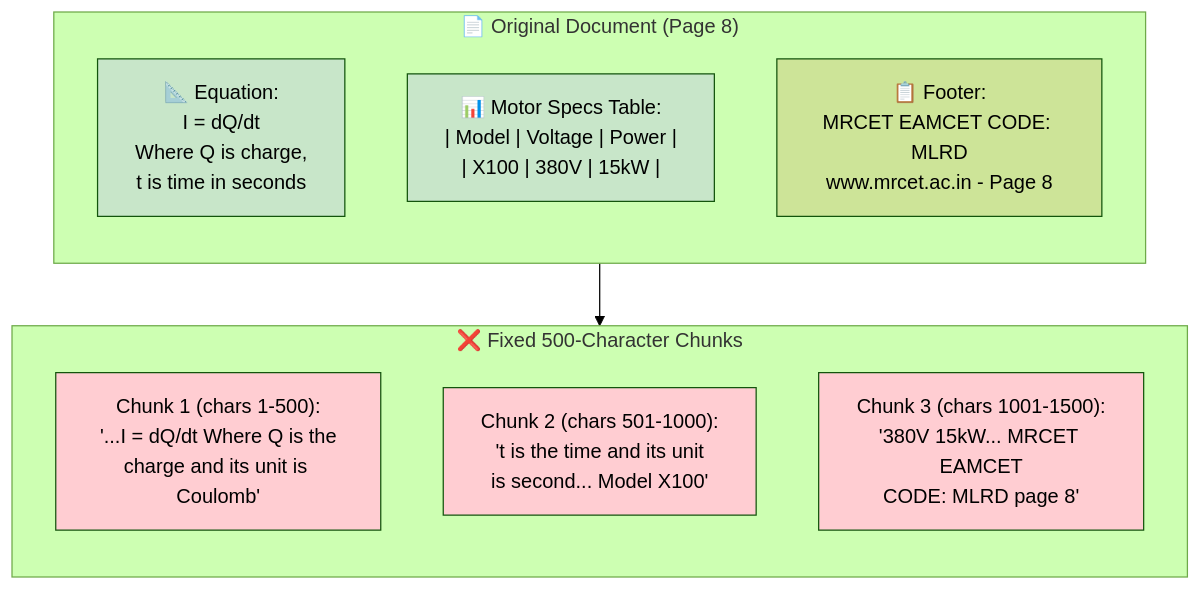
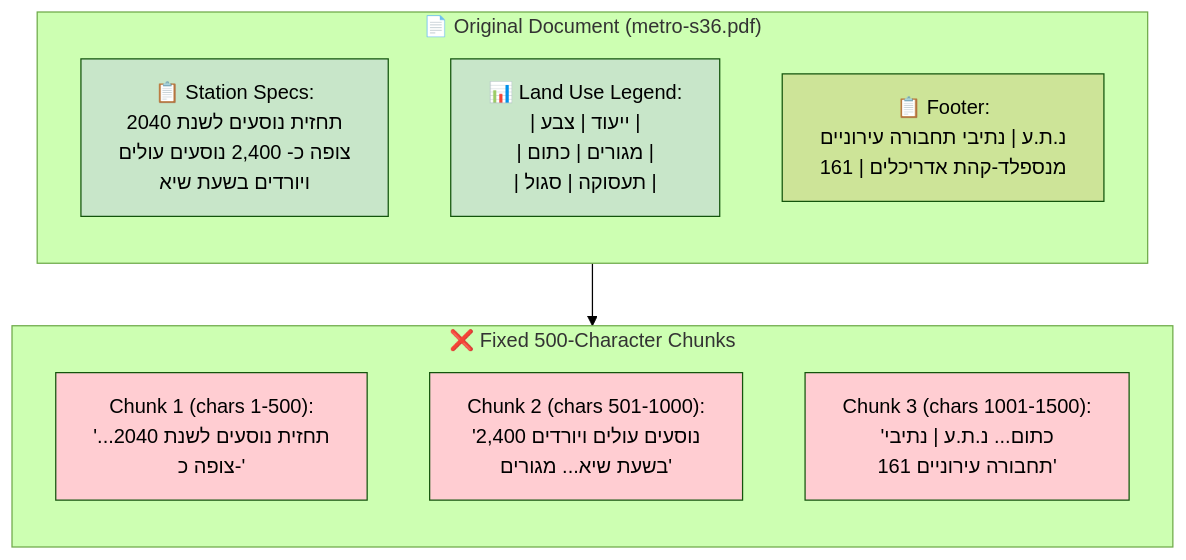
One commit to roie9876/RAG-WorkShop changed the second of 2 diagrams in modules/module-4-chunking/README.md. Above: the diagram before and after it, drawn with Mermaid (forest theme). The commit also changed other lines of this file and 2 other files, not shown here.

````diff
--- a/modules/module-4-chunking/README.md
+++ b/modules/module-4-chunking/README.md
@@ -260,24 +260,24 @@
 ```mermaid
 flowchart TB
-    subgraph ORIGINAL["📄 Original Document (Page 8)"]
+    subgraph ORIGINAL["📄 Original Document (metro-s36.pdf)"]
         direction TB
-        EQ["📐 Equation:<br/>I = dQ/dt<br/>Where Q is charge,<br/>t is time in seconds"]
-        TABLE["📊 Motor Specs Table:<br/>| Model | Voltage | Power |<br/>| X100 | 380V | 15kW |"]
-        FOOTER["📋 Footer:<br/>MRCET EAMCET CODE: MLRD<br/>www.mrcet.ac.in - Page 8"]
+        SPEC["📋 Station Specs:<br/>תחזית נוסעים לשנת 2040<br/>צופה כ- 2,400 נוסעים עולים<br/>ויורדים בשעת שיא"]
+        TABLE["📊 Land Use Legend:<br/>| ייעוד | צבע |<br/>| מגורים | כתום |<br/>| תעסוקה | סגול |"]
+        FOOTER["📋 Footer:<br/>נ.ת.ע | נתיבי תחבורה עירוניים<br/>מנספלד-קהת אדריכלים | 161"]
     end
     
     subgraph NAIVE["❌ Fixed 500-Character Chunks"]
         direction TB
-        C1["Chunk 1 (chars 1-500):<br/>'...I = dQ/dt Where Q is the<br/>charge and its unit is Coulomb'"]
-        C2["Chunk 2 (chars 501-1000):<br/>'t is the time and its unit<br/>is second... Model X100'"]
-        C3["Chunk 3 (chars 1001-1500):<br/>'380V 15kW... MRCET EAMCET<br/>CODE: MLRD page 8'"]
+        C1["Chunk 1 (chars 1-500):<br/>'...תחזית נוסעים לשנת 2040<br/>צופה כ-'"]
+        C2["Chunk 2 (chars 501-1000):<br/>'2,400 נוסעים עולים ויורדים<br/>בשעת שיא... מגורים'"]
+        C3["Chunk 3 (chars 1001-1500):<br/>'כתום... נ.ת.ע | נתיבי<br/>תחבורה עירוניים 161'"]
     end
     
     ORIGINAL --> NAIVE
     
-    style EQ fill:#c8e6c9
+    style SPEC fill:#c8e6c9
     style TABLE fill:#c8e6c9
     style C1 fill:#ffcdd2
     style C2 fill:#ffcdd2
     style C3 fill:#ffcdd2
 ```
````
